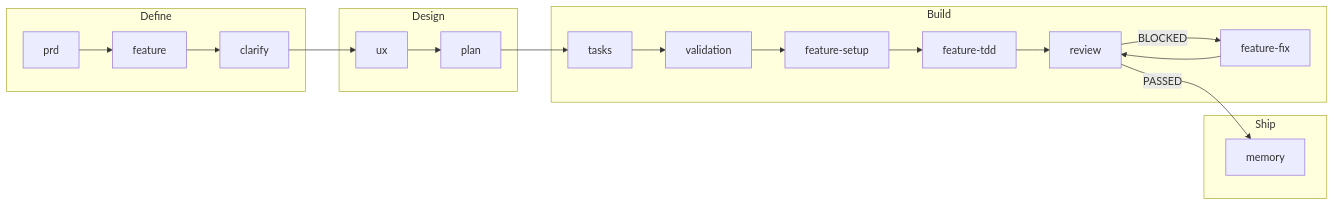
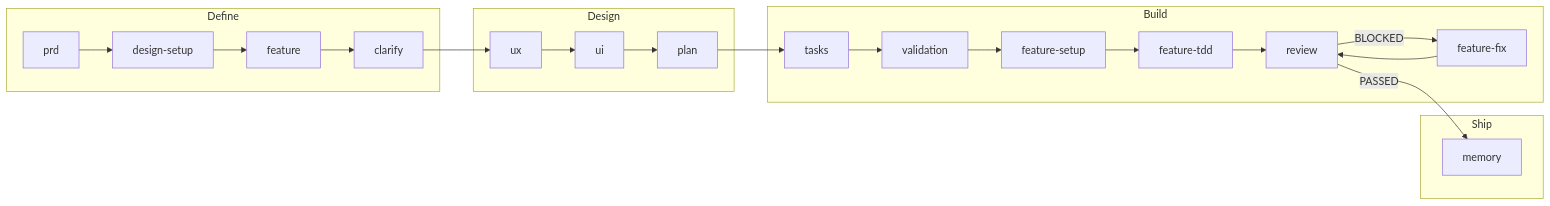
One commit to petbrains/mvp-builder changed the diagram in README.md. Above: the diagram before and after it, drawn with Mermaid. The commit also changed other lines of this file and 18 other files, not shown here.

````diff
--- a/README.md
+++ b/README.md
@@ -64,26 +64,28 @@
 ```mermaid
 flowchart LR
     subgraph DEFINE ["Define"]
-        PRD["prd"] --> FEATURE["feature"]
+        PRD["prd"] --> DSETUP["design-setup"]
+        DSETUP --> FEATURE["feature"]
         FEATURE --> CLARIFY["clarify"]
     end
     
     subgraph DESIGN ["Design"]
         CLARIFY --> UX["ux"]
-        UX --> PLAN["plan"]
+        UX --> UI["ui"]
+        UI --> PLAN["plan"]
     end
     
     subgraph BUILD ["Build"]
         PLAN --> TASKS["tasks"]
         TASKS --> VAL["validation"]
         VAL --> SETUP["feature-setup"]
         SETUP --> TDD["feature-tdd"]
         TDD --> REVIEW["review"]
         REVIEW -->|BLOCKED| FIX["feature-fix"]
         FIX --> REVIEW
     end
     
     subgraph SHIP ["Ship"]
         REVIEW -->|PASSED| MEMORY["memory"]
     end
 ```
````
